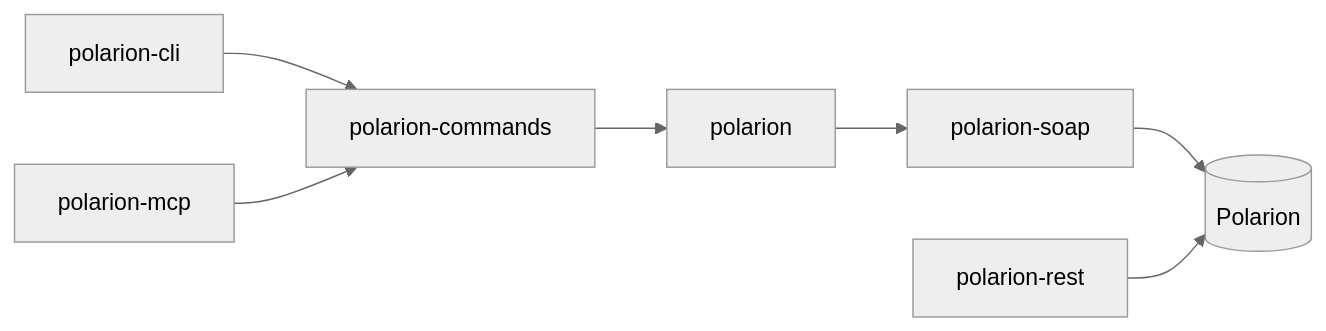
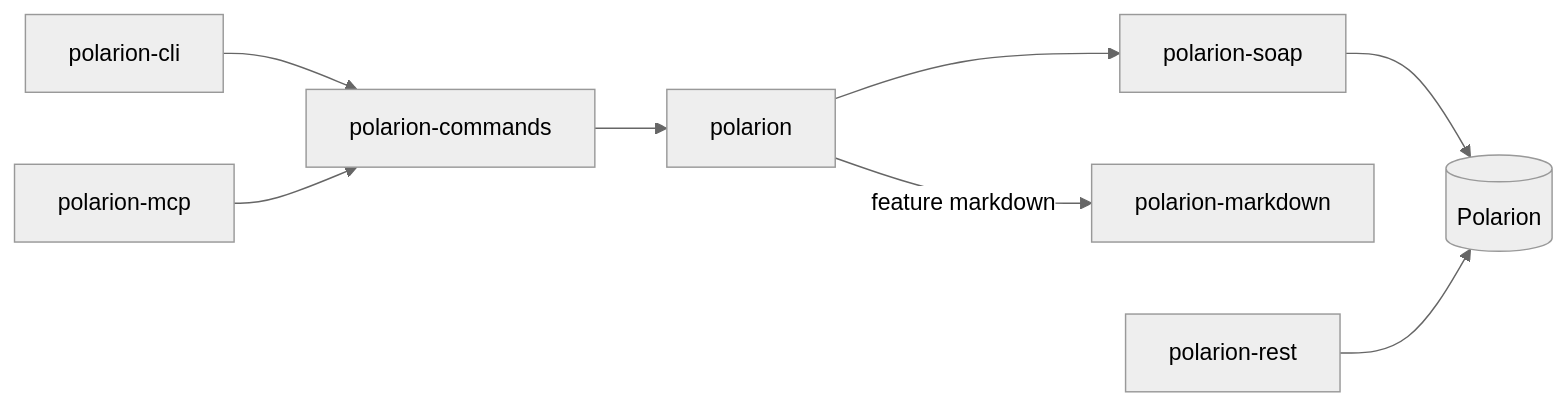
The diagram in docs/README.md (KevinGliewe/Polarion-rs), drawn with Mermaid (neutral theme) before and after one commit. The commit also changed other lines of this file and 210 other files, not shown here.

````diff
--- a/docs/README.md
+++ b/docs/README.md
@@ -6,9 +6,10 @@
 ```mermaid
 flowchart LR
     cli["polarion-cli"] --> commands["polarion-commands"]
     mcp["polarion-mcp"] --> commands
     commands --> lib["polarion"]
     lib --> soap["polarion-soap"]
+    lib -- "feature markdown" --> md["polarion-markdown"]
     soap --> server[("Polarion")]
     rest["polarion-rest"] --> server
 ```
````
